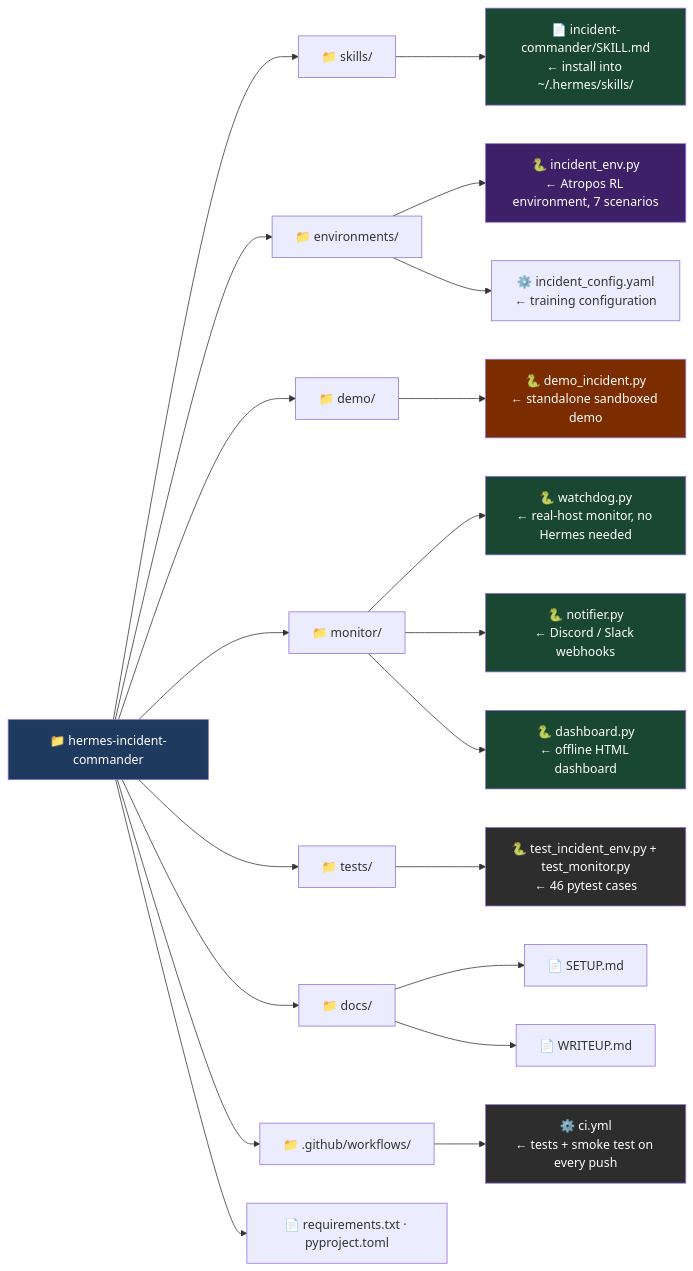
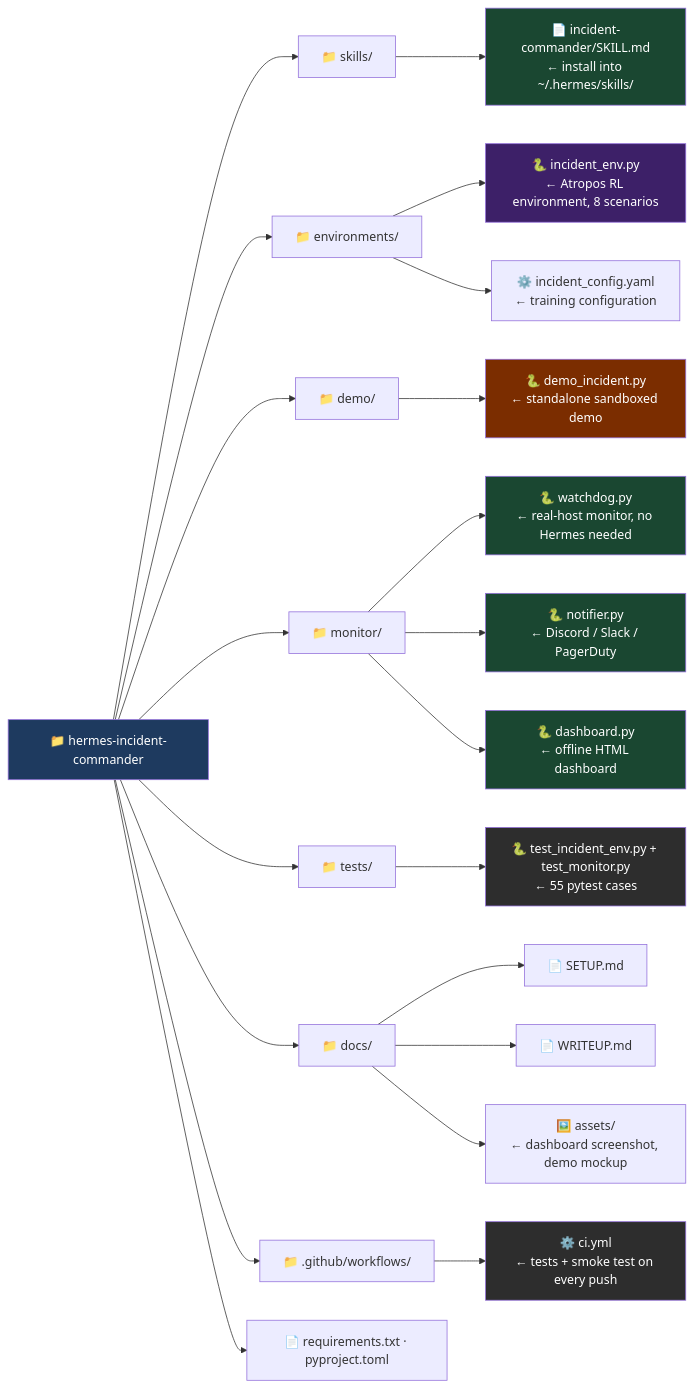
One commit to Lethe044/hermes-incident-commander changed the second of 3 diagrams in README.md. Above: the diagram before and after it, drawn with Mermaid. The commit also changed other lines of this file and 13 other files, not shown here.

Commit message:
v2.1.0: Kubernetes scenario, PagerDuty integration, dashboard screenshot, star history, roadmap

````diff
--- a/README.md
+++ b/README.md
@@ -183,41 +205,42 @@
 ```mermaid
 graph LR
     ROOT["📁 hermes-incident-commander"]
 
     ROOT --> SKILLS["📁 skills/"]
     ROOT --> ENVS["📁 environments/"]
     ROOT --> DEMO["📁 demo/"]
     ROOT --> MON["📁 monitor/"]
     ROOT --> TESTS["📁 tests/"]
     ROOT --> DOCS["📁 docs/"]
     ROOT --> CI["📁 .github/workflows/"]
     ROOT --> REQ["📄 requirements.txt · pyproject.toml"]
 
     SKILLS --> SKILL_MD["📄 incident-commander/SKILL.md<br/>← install into ~/.hermes/skills/"]
 
-    ENVS --> ENV_PY["🐍 incident_env.py<br/>← Atropos RL environment, 7 scenarios"]
+    ENVS --> ENV_PY["🐍 incident_env.py<br/>← Atropos RL environment, 8 scenarios"]
     ENVS --> ENV_CFG["⚙️ incident_config.yaml<br/>← training configuration"]
 
     DEMO --> DEMO_PY["🐍 demo_incident.py<br/>← standalone sandboxed demo"]
 
     MON --> WATCHDOG["🐍 watchdog.py<br/>← real-host monitor, no Hermes needed"]
-    MON --> NOTIFY["🐍 notifier.py<br/>← Discord / Slack webhooks"]
+    MON --> NOTIFY["🐍 notifier.py<br/>← Discord / Slack / PagerDuty"]
     MON --> DASH["🐍 dashboard.py<br/>← offline HTML dashboard"]
 
-    TESTS --> TEST_PY["🐍 test_incident_env.py + test_monitor.py<br/>← 46 pytest cases"]
+    TESTS --> TEST_PY["🐍 test_incident_env.py + test_monitor.py<br/>← 55 pytest cases"]
 
     DOCS --> SETUP["📄 SETUP.md"]
     DOCS --> WRITEUP["📄 WRITEUP.md"]
+    DOCS --> ASSETS["🖼️ assets/<br/>← dashboard screenshot, demo mockup"]
 
     CI --> CIWORKFLOW["⚙️ ci.yml<br/>← tests + smoke test on every push"]
 
     style ROOT fill:#1e3a5f,color:#fff
     style SKILL_MD fill:#1a4731,color:#fff
     style ENV_PY fill:#3d2068,color:#fff
     style DEMO_PY fill:#7b2d00,color:#fff
     style TEST_PY fill:#2d2d2d,color:#fff
     style WATCHDOG fill:#1a4731,color:#fff
     style NOTIFY fill:#1a4731,color:#fff
     style DASH fill:#1a4731,color:#fff
     style CIWORKFLOW fill:#2d2d2d,color:#fff
 ```
````
